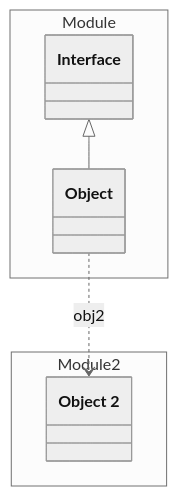
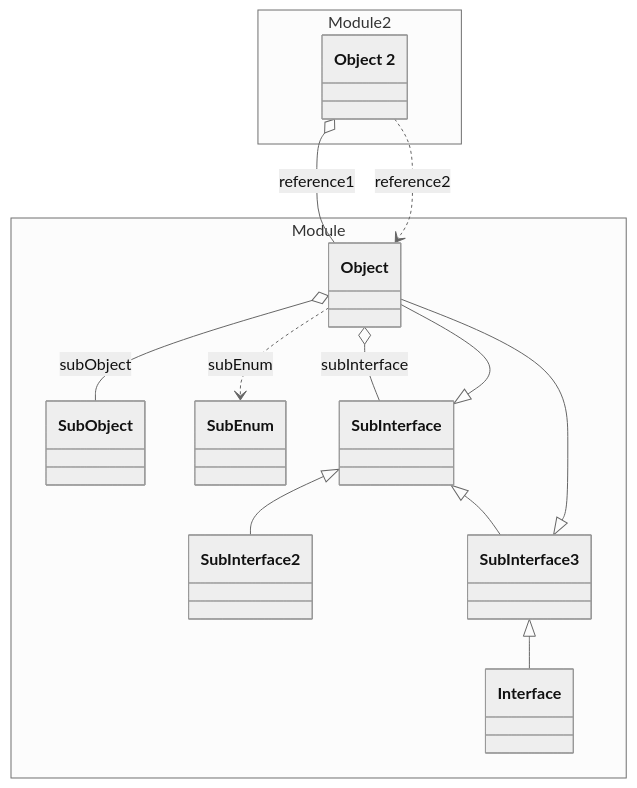
One commit to lizzyTheLizard/domain-schema-documentation changed the diagram in tests/java/expected/Module/Object.yaml.md. Above: the diagram before and after it, drawn with Mermaid (neutral theme). The commit also changed other lines of this file and 109 other files, not shown here.

````diff
--- a/tests/java/expected/Module/Object.yaml.md
+++ b/tests/java/expected/Module/Object.yaml.md
@@ -4,15 +5,33 @@
 ```mermaid
 classDiagram
 namespace Module {
   class _Module_Object_yaml["Object"]
-  class _Module_Interface_yaml["Interface"]
+  class SubObject["SubObject"]
+  class SubEnum["SubEnum"]
+  class SubInterface["SubInterface"]
+  class SubInterface2["SubInterface2"]
+  class SubInterface3["SubInterface3"]
+  class _Module_Interface_yml["Interface"]
 }
 namespace Module 2 {
   class _Module2_Object2_yaml["Object 2"]
 }
-_Module_Interface_yaml <|-- _Module_Object_yaml 
-_Module_Object_yaml ..> _Module2_Object2_yaml :obj2
+_Module2_Object2_yaml o-- _Module_Object_yaml :reference1
+_Module2_Object2_yaml ..> _Module_Object_yaml :reference2
+_Module_Object_yaml o-- SubObject :subObject
+_Module_Object_yaml ..> SubEnum :subEnum
+_Module_Object_yaml o-- SubInterface :subInterface
+SubInterface <|-- _Module_Object_yaml 
+SubInterface <|-- SubInterface2 
+SubInterface <|-- SubInterface3 
+SubInterface3 <|-- _Module_Object_yaml 
+SubInterface3 <|-- _Module_Interface_yml 
 click _Module_Object_yaml href "./Object.yaml.html" "Object"
-click _Module_Interface_yaml href "./Interface.yaml.html" "Interface"
+click SubObject href "./Object.yaml.html" "Object"
+click SubEnum href "./Object.yaml.html" "Object"
+click SubInterface href "./Object.yaml.html" "Object"
+click SubInterface2 href "./Object.yaml.html" "Object"
+click SubInterface3 href "./Object.yaml.html" "Object"
 click _Module2_Object2_yaml href "../Module2/Object2.yaml.html" "Object 2"
+click _Module_Interface_yml href "./Interface.yml.html" "Interface"
 ```
````
